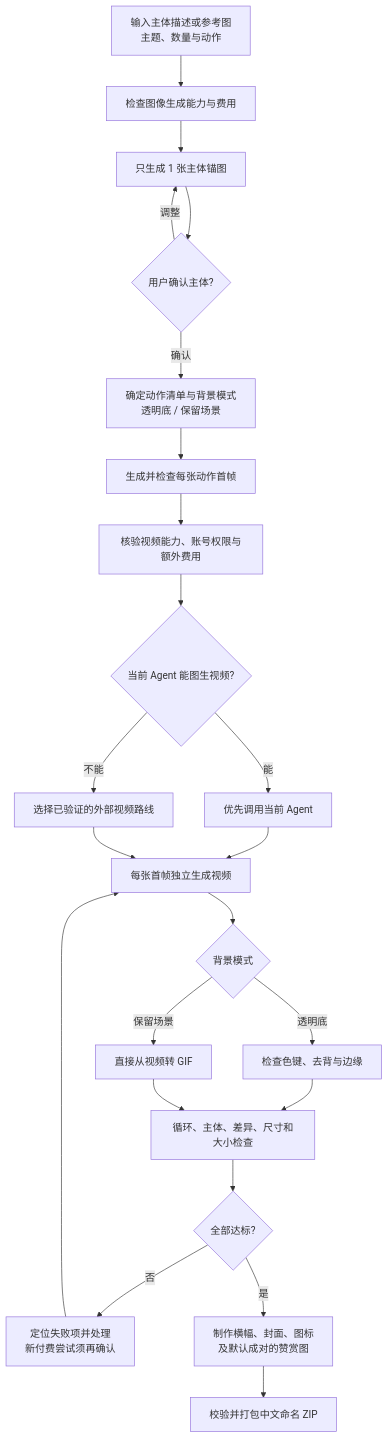
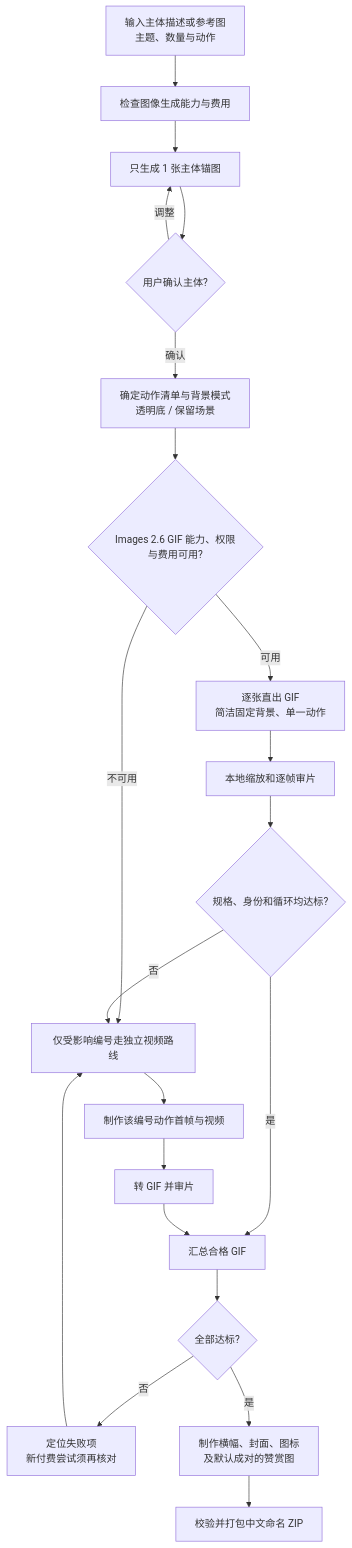
The diagram in README.md (zxd-666/weixin-sticker-gif), drawn with Mermaid before and after one commit. The commit also changed other lines of this file and 11 other files, not shown here.

````diff
--- a/README.md
+++ b/README.md
@@ -31,25 +31,23 @@
 ```mermaid
 flowchart TD
     A[输入主体描述或参考图<br/>主题、数量与动作] --> B[检查图像生成能力与费用]
     B --> C[只生成 1 张主体锚图]
     C --> D{用户确认主体?}
     D -- 调整 --> C
     D -- 确认 --> E[确定动作清单与背景模式<br/>透明底 / 保留场景]
-    E --> F[生成并检查每张动作首帧]
-    F --> G[核验视频能力、账号权限与额外费用]
-    G --> H{当前 Agent 能图生视频?}
-    H -- 能 --> I[优先调用当前 Agent]
-    H -- 不能 --> J[选择已验证的外部视频路线]
-    I --> K[每张首帧独立生成视频]
-    J --> K
-    K --> L{背景模式}
-    L -- 透明底 --> M[检查色键、去背与边缘]
-    L -- 保留场景 --> N[直接从视频转 GIF]
-    M --> O[循环、主体、差异、尺寸和大小检查]
-    N --> O
-    O --> P{全部达标?}
-    P -- 否 --> Q[定位失败项并处理<br/>新付费尝试须再确认]
-    Q --> K
-    P -- 是 --> R[制作横幅、封面、图标<br/>及默认成对的赞赏图]
-    R --> S[校验并打包中文命名 ZIP]
+    E --> F{Images 2.6 GIF 能力、权限与费用可用?}
+    F -- 可用 --> G[逐张直出 GIF<br/>简洁固定背景、单一动作]
+    F -- 不可用 --> H[仅受影响编号走独立视频路线]
+    G --> I[本地缩放和逐帧审片]
+    I --> J{规格、身份和循环均达标?}
+    J -- 否 --> H
+    H --> K[制作该编号动作首帧与视频]
+    K --> L[转 GIF 并审片]
+    J -- 是 --> M[汇总合格 GIF]
+    L --> M
+    M --> N{全部达标?}
+    N -- 否 --> O[定位失败项<br/>新付费尝试须再核对]
+    O --> H
+    N -- 是 --> P[制作横幅、封面、图标<br/>及默认成对的赞赏图]
+    P --> Q[校验并打包中文命名 ZIP]
 ```
````
